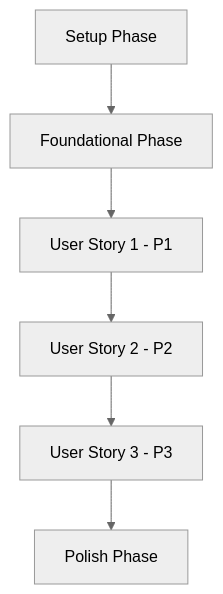
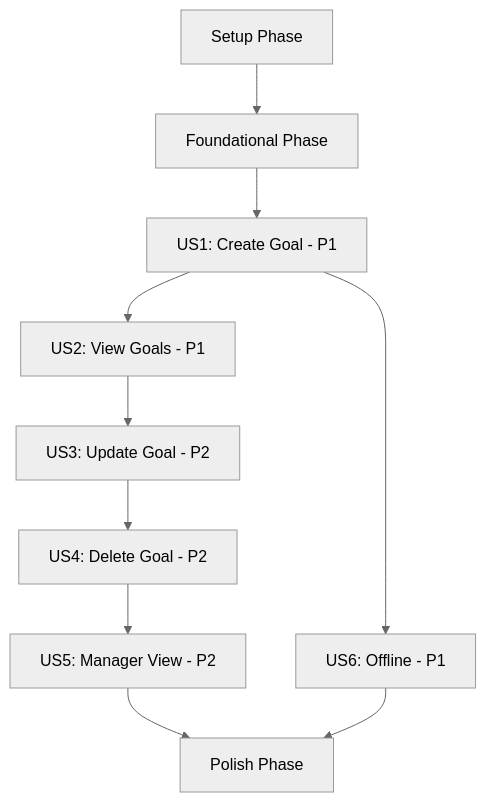
The diagram in specifications/0001-personal-goal-creation-management/tasks.md (vyacheslavkozyrev/cpr-meta), drawn with Mermaid (neutral theme) before and after one commit. The commit also changed other lines of this file and 17 other files, not shown here.

````diff
--- a/specifications/0001-personal-goal-creation-management/tasks.md
+++ b/specifications/0001-personal-goal-creation-management/tasks.md
@@ -43,8 +46,12 @@
 ```mermaid
 graph TD
     A[Setup Phase] --> B[Foundational Phase]
-    B --> C[User Story 1 - P1]
-    C --> D[User Story 2 - P2]
-    D --> E[User Story 3 - P3]
-    E --> F[Polish Phase]
+    B --> C[US1: Create Goal - P1]
+    C --> D[US2: View Goals - P1]
+    C --> E[US6: Offline - P1]
+    D --> F[US3: Update Goal - P2]
+    F --> G[US4: Delete Goal - P2]
+    G --> H[US5: Manager View - P2]
+    H --> I[Polish Phase]
+    E --> I
 ```
````
